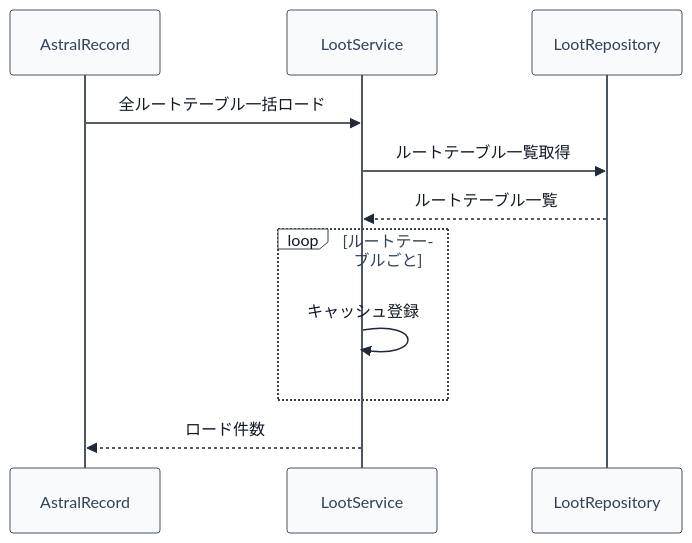
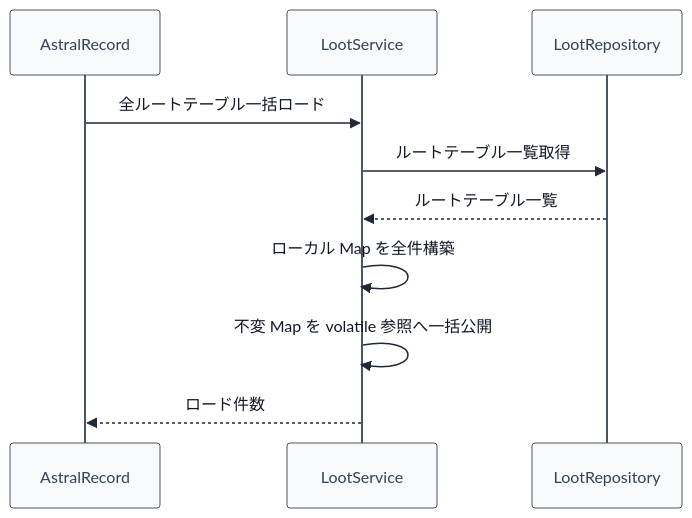
One commit to maaasu/AstralRecord-Workspace changed the diagram in 00_docs/10_プラグイン設計書/feature/06-loot/4-統合フロー/06_4.00-統合フロー.md. Above: the diagram before and after it, drawn with Mermaid. The commit also changed other lines of this file and 135 other files, not shown here.

````diff
--- a/00_docs/10_プラグイン設計書/feature/06-loot/4-統合フロー/06_4.00-統合フロー.md
+++ b/00_docs/10_プラグイン設計書/feature/06-loot/4-統合フロー/06_4.00-統合フロー.md
@@ -5,28 +5,27 @@
 ```mermaid
 %%{init: {
   "theme": "base",
   "themeVariables": {
     "lineColor": "#1f2937",
     "signalColor": "#1f2937",
     "signalTextColor": "#111827",
     "actorBkg": "#f8fafc",
     "actorBorder": "#4b5563",
     "actorTextColor": "#334155",
     "labelBoxBkgColor": "#ffffff",
     "labelBoxBorderColor": "#374151",
     "labelTextColor": "#111827"
   }
 }}%%
 sequenceDiagram
     participant P as AstralRecord
     participant LS as LootService
     participant LR as LootRepository
 
     P->>LS: 全ルートテーブル一括ロード
     LS->>LR: ルートテーブル一覧取得
     LR-->>LS: ルートテーブル一覧
-    loop ルートテーブルごと
-        LS->>LS: キャッシュ登録
-    end
+    LS->>LS: ローカル Map を全件構築
+    LS->>LS: 不変 Map を volatile 参照へ一括公開
     LS-->>P: ロード件数
 ```
````
